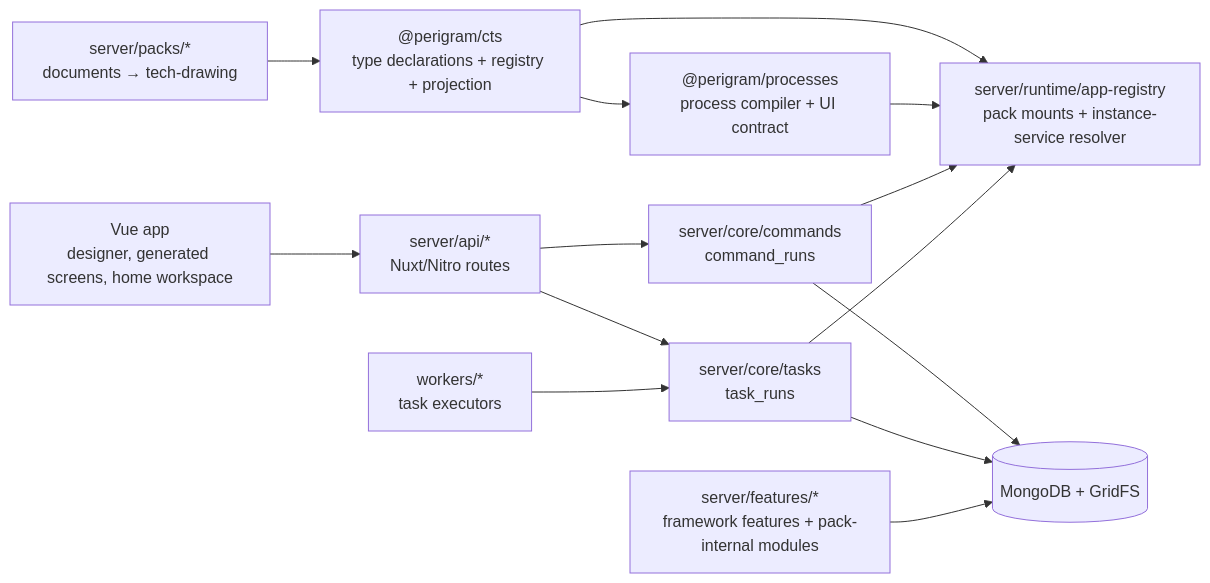
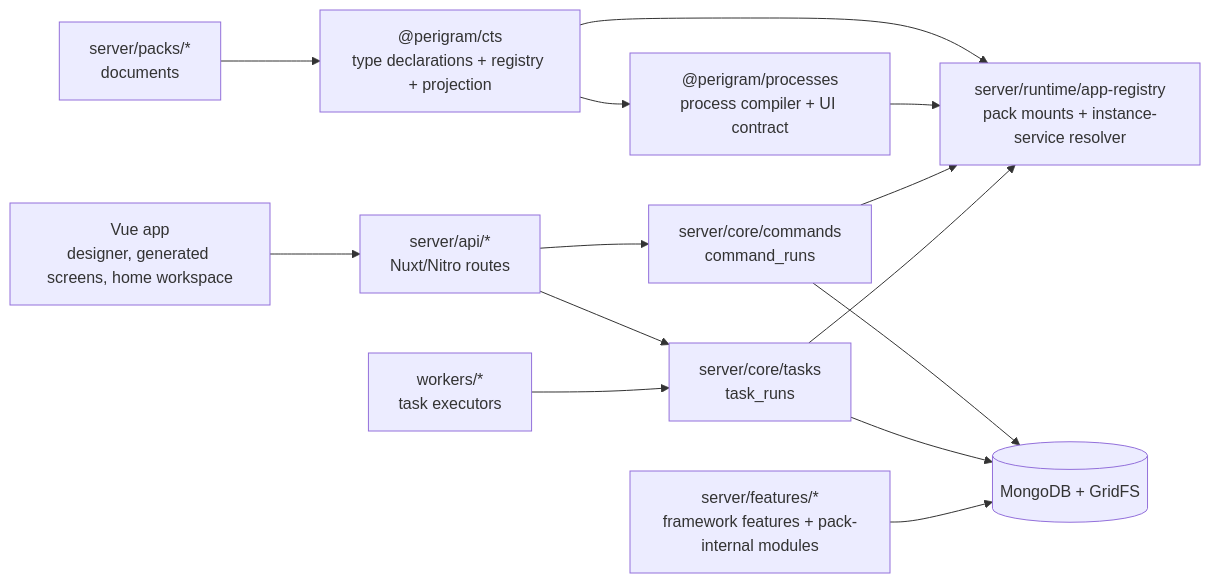
One commit to Perigram/perigram changed the first of 2 diagrams in README.md. Above: the diagram before and after it, drawn with Mermaid. The commit also changed other lines of this file and 6 other files, not shown here.

Commit message:
neo: docs for the tech-drawing plugin (executor + listing READMEs, pack retirement, root/workers/packs maps, TODO slice D notes)

````diff
--- a/README.md
+++ b/README.md
@@ -27,28 +27,28 @@
 ```mermaid
 flowchart LR
   Cts["@perigram/cts<br/>type declarations + registry + projection"]
-  Packs["server/packs/*<br/>documents → tech-drawing"]
+  Packs["server/packs/*<br/>documents"]
   Compiler["@perigram/processes<br/>process compiler + UI contract"]
   Runtime["server/runtime/app-registry<br/>pack mounts + instance-service resolver"]
   Commands["server/core/commands<br/>command_runs"]
   Tasks["server/core/tasks<br/>task_runs"]
   Features["server/features/*<br/>framework features + pack-internal modules"]
   API["server/api/*<br/>Nuxt/Nitro routes"]
   UI["Vue app<br/>designer, generated screens, home workspace"]
   Workers["workers/*<br/>task executors"]
   Mongo[(MongoDB + GridFS)]
 
   Packs --> Cts
   Cts --> Compiler
   Cts --> Runtime
   Compiler --> Runtime
   API --> Commands
   API --> Tasks
   Commands --> Runtime
   Tasks --> Runtime
   Commands --> Mongo
   Tasks --> Mongo
   Features --> Mongo
   UI --> API
   Workers --> Tasks
 ```
````
